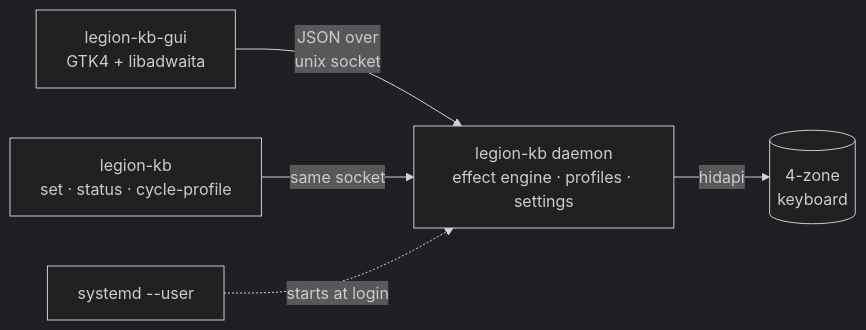
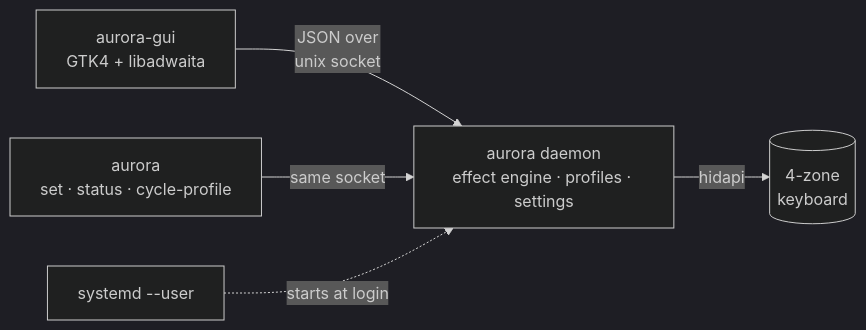
The diagram in README.md (HughScott2002/Aurora-Legion), drawn with Mermaid (dark theme) before and after one commit. The commit also changed other lines of this file and 30 other files, not shown here.

````diff
--- a/README.md
+++ b/README.md
@@ -17,7 +17,7 @@
 ```mermaid
 graph LR
-    GUI["legion-kb-gui<br/>GTK4 + libadwaita"] -- "JSON over<br/>unix socket" --> D
-    CLI["legion-kb<br/>set · status · cycle-profile"] -- "same socket" --> D
-    D["legion-kb daemon<br/>effect engine · profiles · settings"] -- hidapi --> KB[("4-zone<br/>keyboard")]
+    GUI["aurora-gui<br/>GTK4 + libadwaita"] -- "JSON over<br/>unix socket" --> D
+    CLI["aurora<br/>set · status · cycle-profile"] -- "same socket" --> D
+    D["aurora daemon<br/>effect engine · profiles · settings"] -- hidapi --> KB[("4-zone<br/>keyboard")]
     SD["systemd --user"] -. "starts at login" .-> D
 ```
````
